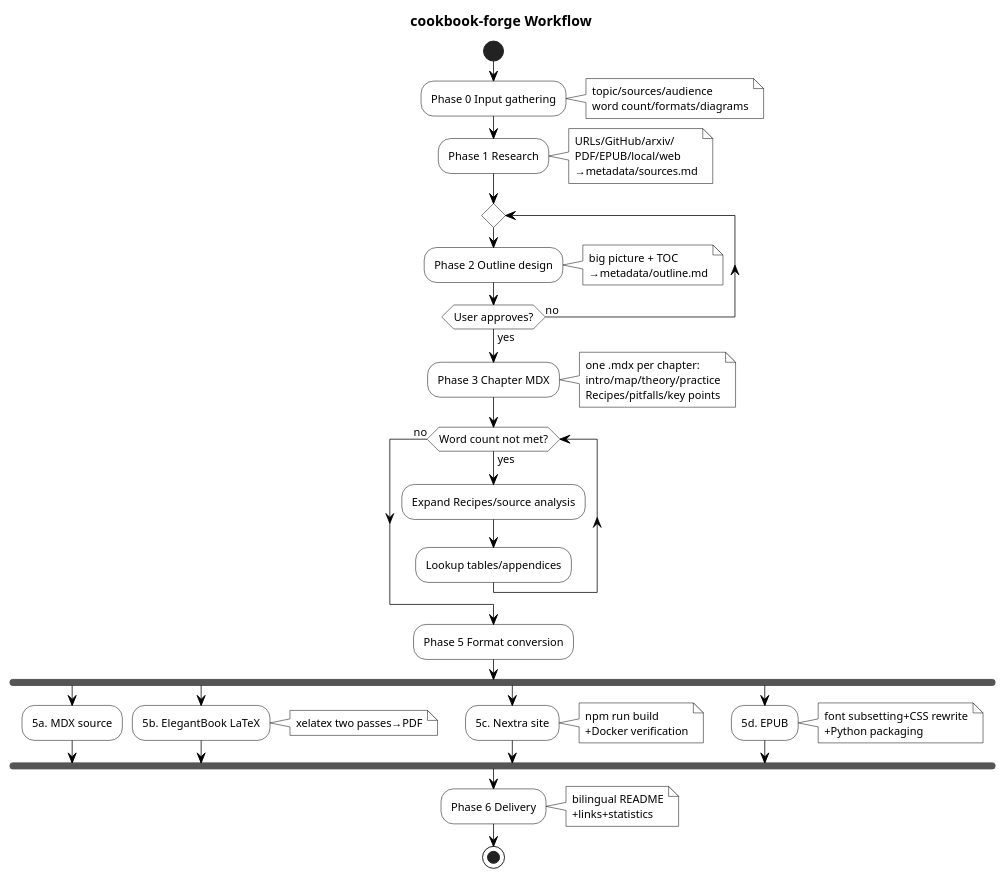
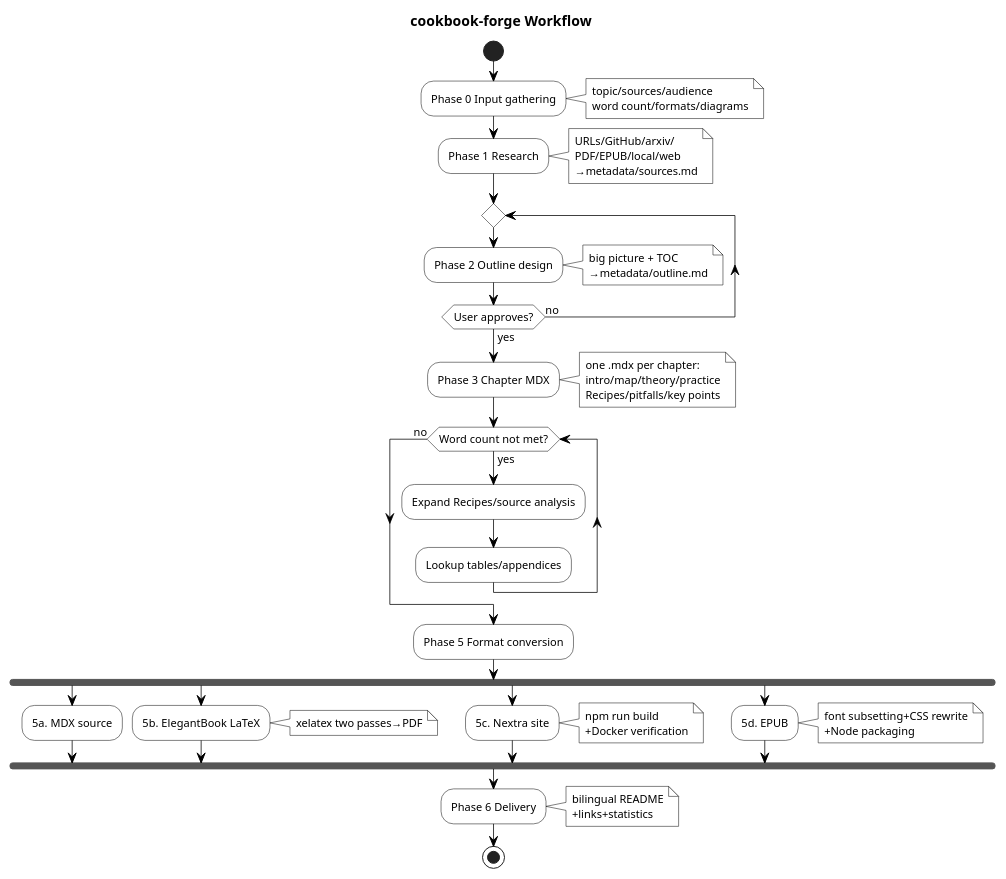
The diagram in assets/diagrams/workflow-en.puml (samonysh/cookbook-forge), drawn with PlantUML before and after one commit. The commit also changed 16 other files, not shown here.

```diff
--- a/assets/diagrams/workflow-en.puml
+++ b/assets/diagrams/workflow-en.puml
@@ -1,76 +1,76 @@
 @startuml
 skinparam monochrome true
 skinparam shadowing false
 skinparam backgroundColor #FFFFFF
 skinparam defaultFontColor #000000
 skinparam defaultFontName Helvetica
 skinparam defaultFontSize 11
 skinparam NoteBackgroundColor #FFFFFF
 skinparam NoteBorderColor #000000
 skinparam ActivityBackgroundColor #FFFFFF
 skinparam ActivityBorderColor #000000
 skinparam ActivityDiamondBackgroundColor #FFFFFF
 skinparam ActivityDiamondBorderColor #000000
 skinparam ArrowColor #000000
 skinparam ArrowThickness 0.75
 skinparam ActivityRoundCorner 10
 
 title cookbook-forge Workflow
 
 start
 :Phase 0 Input gathering;
 note right
   topic/sources/audience
   word count/formats/diagrams
 end note
 :Phase 1 Research;
 note right
   URLs/GitHub/arxiv/
   PDF/EPUB/local/web
   →metadata/sources.md
 end note
 repeat
   :Phase 2 Outline design;
   note right
     big picture + TOC
     →metadata/outline.md
   end note
 repeat while (User approves?) is (no) not (yes)
 :Phase 3 Chapter MDX;
 note right
   one .mdx per chapter:
   intro/map/theory/practice
   Recipes/pitfalls/key points
 end note
 while (Word count not met?) is (yes)
   :Expand Recipes/source analysis;
   :Lookup tables/appendices;
 endwhile (no)
 :Phase 5 Format conversion;
 fork
   :5a. MDX source;
 fork again
   :5b. ElegantBook LaTeX;
   note right
     xelatex two passes→PDF
   end note
 fork again
   :5c. Nextra site;
   note right
     npm run build
     +Docker verification
   end note
 fork again
   :5d. EPUB;
   note right
     font subsetting+CSS rewrite
-    +Python packaging
+    +Node packaging
   end note
 end fork
 :Phase 6 Delivery;
 note right
   bilingual README
   +links+statistics
 end note
 stop
 @enduml
```
